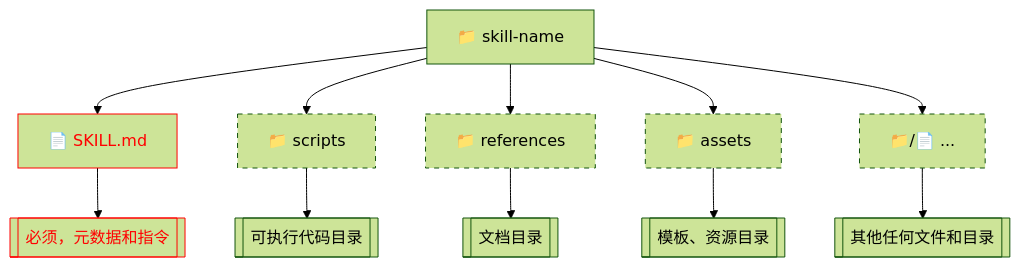
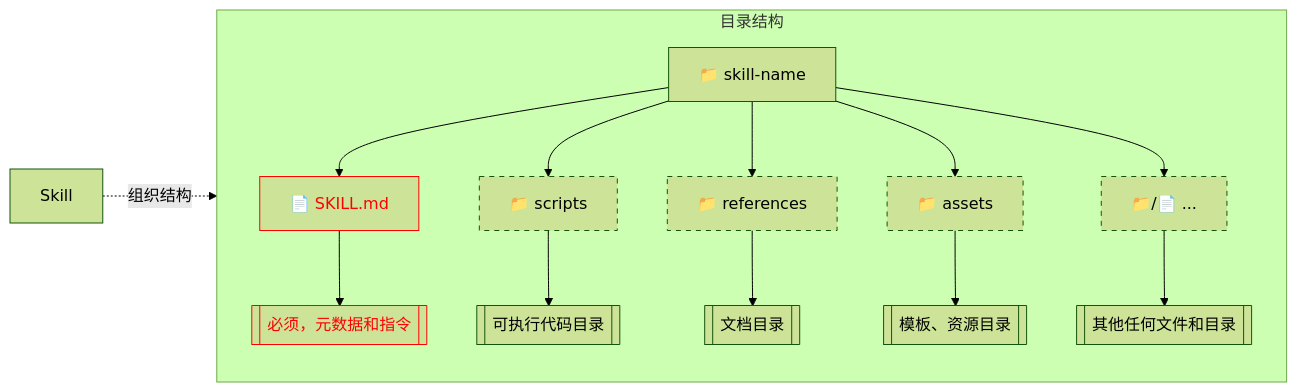
The fourth of 5 diagrams in AI/Skill.md (290044632/bookmark), drawn with Mermaid (forest theme) before and after one commit. The commit also changed other lines of this file, not shown here.

````diff
--- a/AI/Skill.md
+++ b/AI/Skill.md
@@ -44,13 +52,18 @@
 ```mermaid
-flowchart TD
-    root[📁 skill-name]
-    root --> core[📄 SKILL.md]-->core_doc[["必须，元数据和指令"]]
-    root --> scripts[📁 scripts]-->scripts_doc[["可执行代码目录"]]
-    root --> references[📁 references]-->references_doc[["文档目录"]]
-    root --> assets[📁 assets]-->assets_doc[["模板、资源目录"]]
-    root --> other[📁/📄 ...]-->other_doc[["其他任何文件和目录"]]
+flowchart LR
+    A["Skill"]-.组织结构.->folder
+    subgraph folder["目录结构"]
+        direction TB
+        root[📁 skill-name]
+        root --> core[📄 SKILL.md]-->core_doc[["必须，元数据和指令"]]
+        root --> scripts[📁 scripts]-->scripts_doc[["可执行代码目录"]]
+        root --> references[📁 references]-->references_doc[["文档目录"]]
+        root --> assets[📁 assets]-->assets_doc[["模板、资源目录"]]
+        root --> other[📁/📄 ...]-->other_doc[["其他任何文件和目录"]]
+    end
+    
 classDef required color:red,stroke:red
 classDef optional stroke-dasharray: 5 5
 class core,core_doc required
 class scripts,references,assets,other optional
 ```
````
